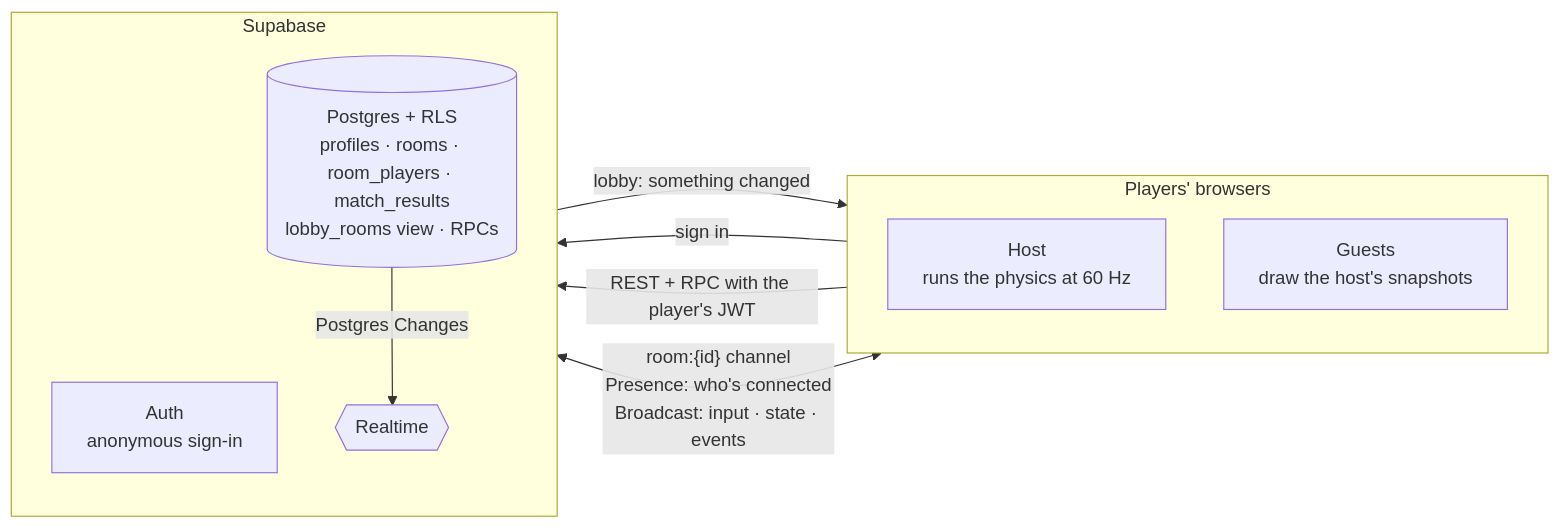
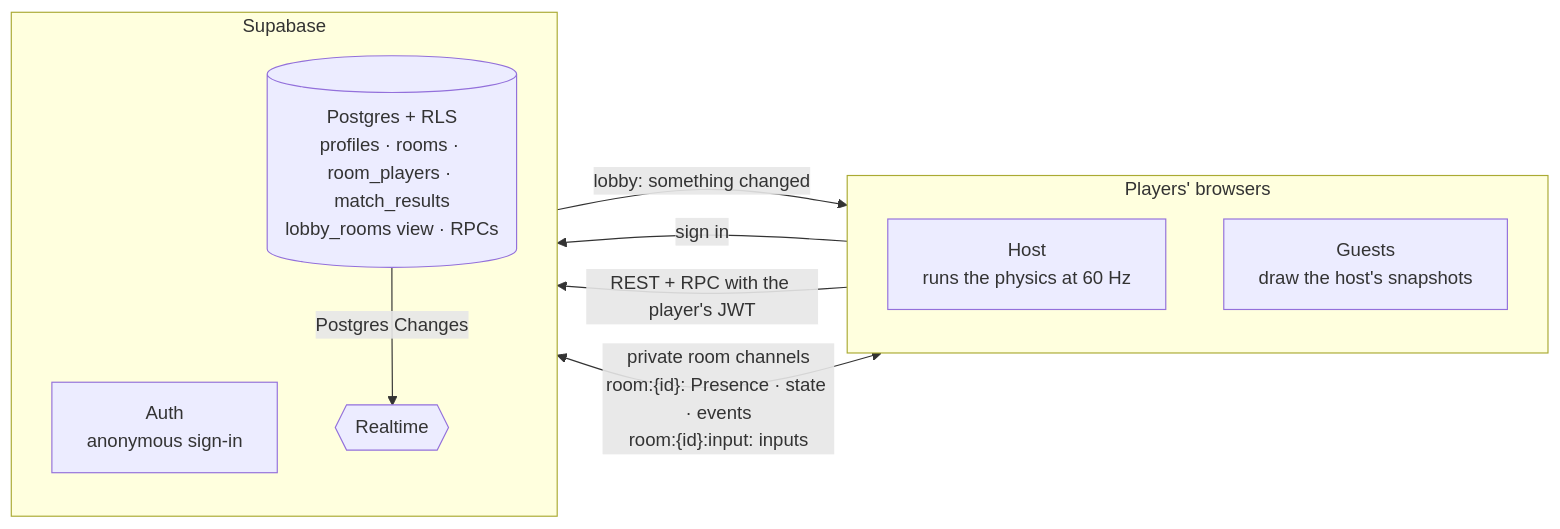
One commit to chryzmo/supapong changed the first of 2 diagrams in README.md. Above: the diagram before and after it, drawn with Mermaid. The commit also changed other lines of this file and 6 other files, not shown here.

Commit message:
Move to private channels

````diff
--- a/README.md
+++ b/README.md
@@ -29,21 +29,21 @@
 ```mermaid
 flowchart LR
   subgraph B["Players' browsers"]
     direction TB
     H["Host<br/>runs the physics at 60 Hz"]
     G["Guests<br/>draw the host's snapshots"]
   end
 
   subgraph S["Supabase"]
     direction TB
     Auth["Auth<br/>anonymous sign-in"]
     DB[("Postgres + RLS<br/>profiles · rooms · room_players · match_results<br/>lobby_rooms view · RPCs")]
     RT{{"Realtime"}}
   end
 
   B -- "sign in" --> Auth
   B -- "REST + RPC with the player's JWT" --> DB
   DB -- "Postgres Changes" --> RT
   RT -- "lobby: something changed" --> B
-  B <-- "room:{id} channel<br/>Presence: who's connected<br/>Broadcast: input · state · events" --> RT
+  B <-- "private room channels<br/>room:{id}: Presence · state · events<br/>room:{id}:input: inputs" --> RT
 ```
````
